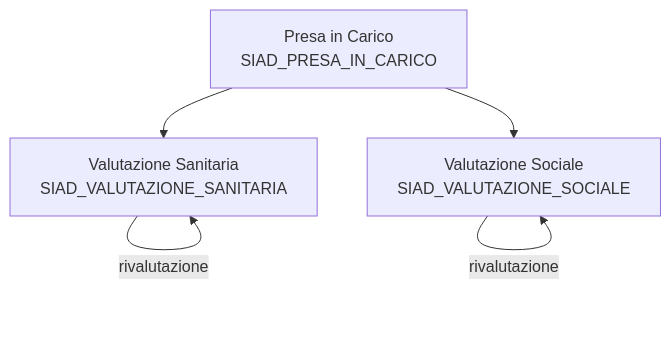
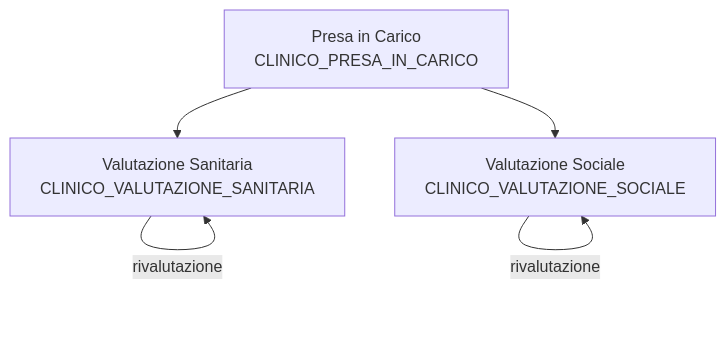
Before and after one commit to deduzzo/asp-ws: the diagram in docs/siad/overview.md, drawn with Mermaid. The commit also changed other lines of this file and 21 other files, not shown here.

````diff
--- a/docs/siad/overview.md
+++ b/docs/siad/overview.md
@@ -19,7 +19,7 @@
 ```mermaid
 graph TD
-    PIC[Presa in Carico<br/>SIAD_PRESA_IN_CARICO] --> VS[Valutazione Sanitaria<br/>SIAD_VALUTAZIONE_SANITARIA]
-    PIC --> VSO[Valutazione Sociale<br/>SIAD_VALUTAZIONE_SOCIALE]
+    PIC[Presa in Carico<br/>CLINICO_PRESA_IN_CARICO] --> VS[Valutazione Sanitaria<br/>CLINICO_VALUTAZIONE_SANITARIA]
+    PIC --> VSO[Valutazione Sociale<br/>CLINICO_VALUTAZIONE_SOCIALE]
     VS --> |rivalutazione| VS
     VSO --> |rivalutazione| VSO
 ```
````
